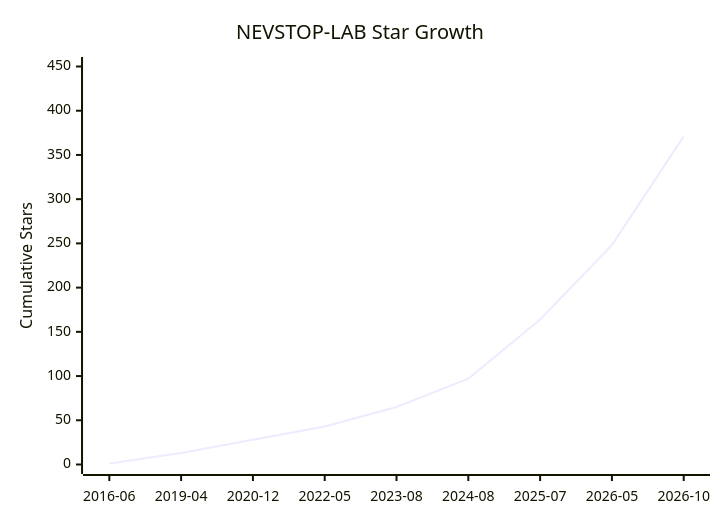
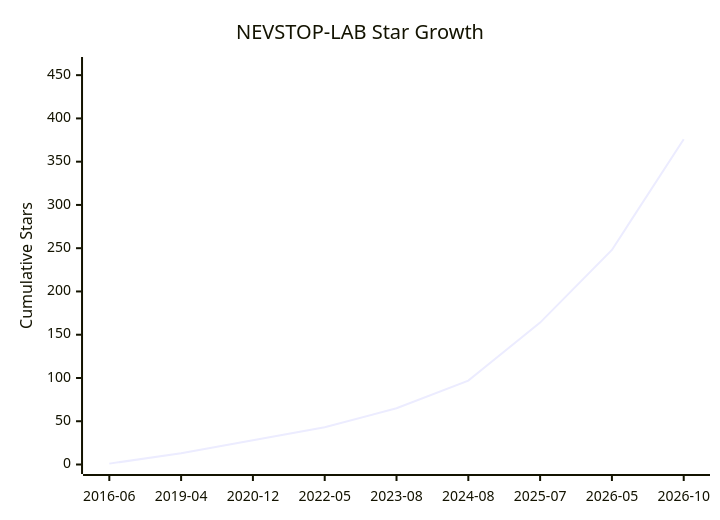
Before and after one commit to NEVSTOP-LAB/.github: the diagram in Star-History.md, drawn with Mermaid. The commit also changed other lines of this file and 2 other files, not shown here.

````diff
--- a/Star-History.md
+++ b/Star-History.md
@@ -8,7 +8,7 @@
 ```mermaid
 xychart-beta
     title "NEVSTOP-LAB Star Growth"
     x-axis ["2016-06", "2019-04", "2020-12", "2022-05", "2023-08", "2024-08", "2025-07", "2026-05", "2026-10"]
-    y-axis "Cumulative Stars" 0 --> 450
-    line [1, 13, 28, 43, 65, 97, 164, 248, 371]
+    y-axis "Cumulative Stars" 0 --> 460
+    line [1, 13, 28, 43, 65, 97, 164, 248, 376]
 ```
````
